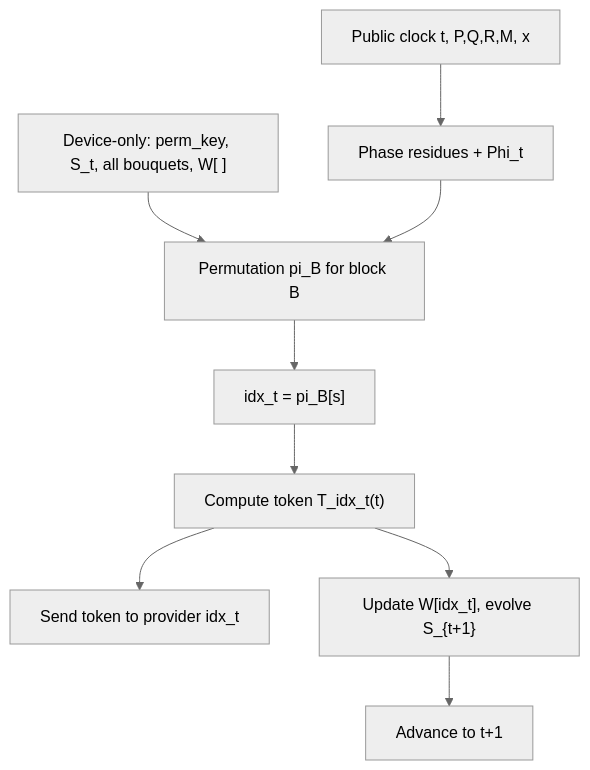
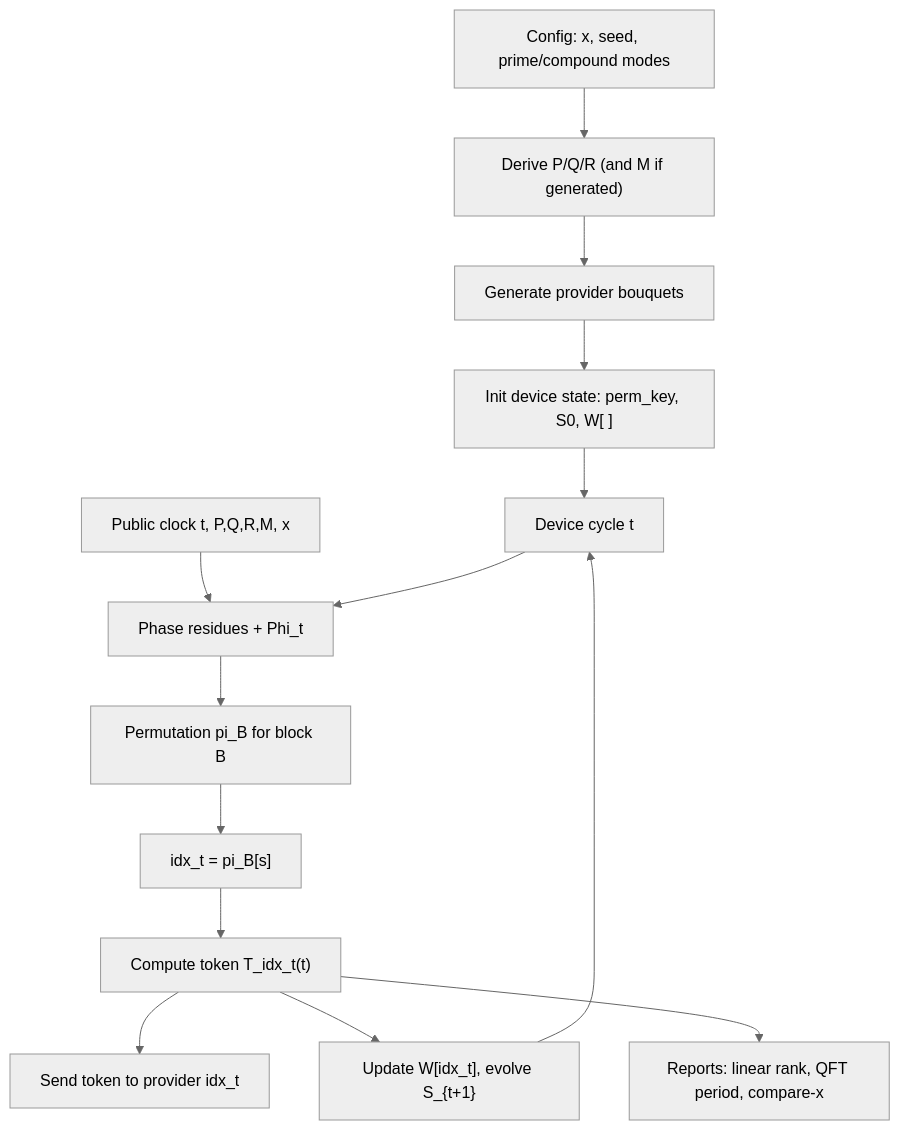
The third of 6 diagrams in papers/main-paper.md (cekkr/phaselane-algorithm), drawn with Mermaid before and after one commit. The commit also changed other lines of this file, not shown here.

````diff
--- a/papers/main-paper.md
+++ b/papers/main-paper.md
@@ -136,12 +136,17 @@
 ```mermaid
 %%{init: {"theme":"neutral","flowchart":{"curve":"basis"}} }%%
 flowchart TD
+  Cfg["Config: x, seed, prime/compound modes"] --> Primes["Derive P/Q/R (and M if generated)"]
+  Primes --> Bouquets["Generate provider bouquets"]
+  Bouquets --> Init["Init device state: perm_key, S0, W[ ]"]
+  Init --> Loop["Device cycle t"]
   Public["Public clock t, P,Q,R,M, x"] --> Phase["Phase residues + Phi_t"]
-  Secrets["Device-only: perm_key, S_t, all bouquets, W[ ]"] --> Perm["Permutation pi_B for block B"]
-  Phase --> Perm
+  Loop --> Phase
+  Phase --> Perm["Permutation pi_B for block B"]
   Perm --> Pick["idx_t = pi_B[s]"]
   Pick --> Tok["Compute token T_idx_t(t)"]
   Tok --> Send["Send token to provider idx_t"]
   Tok --> Evolve["Update W[idx_t], evolve S_{t+1}"]
-  Evolve --> Next["Advance to t+1"]
+  Evolve --> Loop
+  Tok --> Report["Reports: linear rank, QFT period, compare-x"]
 ```
````
